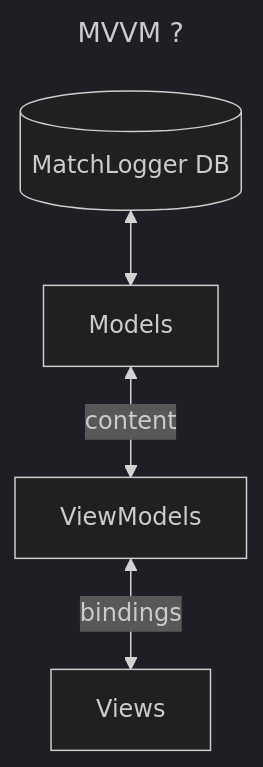
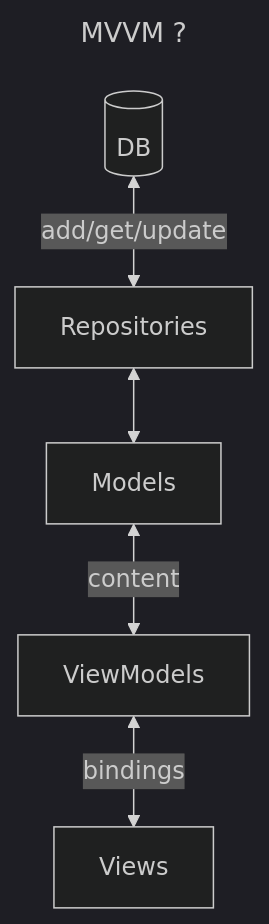
One commit to mikewoodhouse/extracover changed the diagram in matchday/README.md. Above: the diagram before and after it, drawn with Mermaid (dark theme). The commit also changed 5 other files, not shown here.

````diff
--- a/matchday/README.md
+++ b/matchday/README.md
@@ -3,13 +3,15 @@
 ```mermaid
 ---
 title: MVVM ?
 ---
 flowchart
-    db[(MatchLogger DB)]
+    db[(DB)]
+    data_layer[Repositories]
     models[Models]
     vms[ViewModels]
     views[Views]
-    db <--> models
+    db  <-- add/get/update --> data_layer
+    data_layer <--> models
     models <-- content --> vms
     vms <-- bindings --> views
 ```
````
